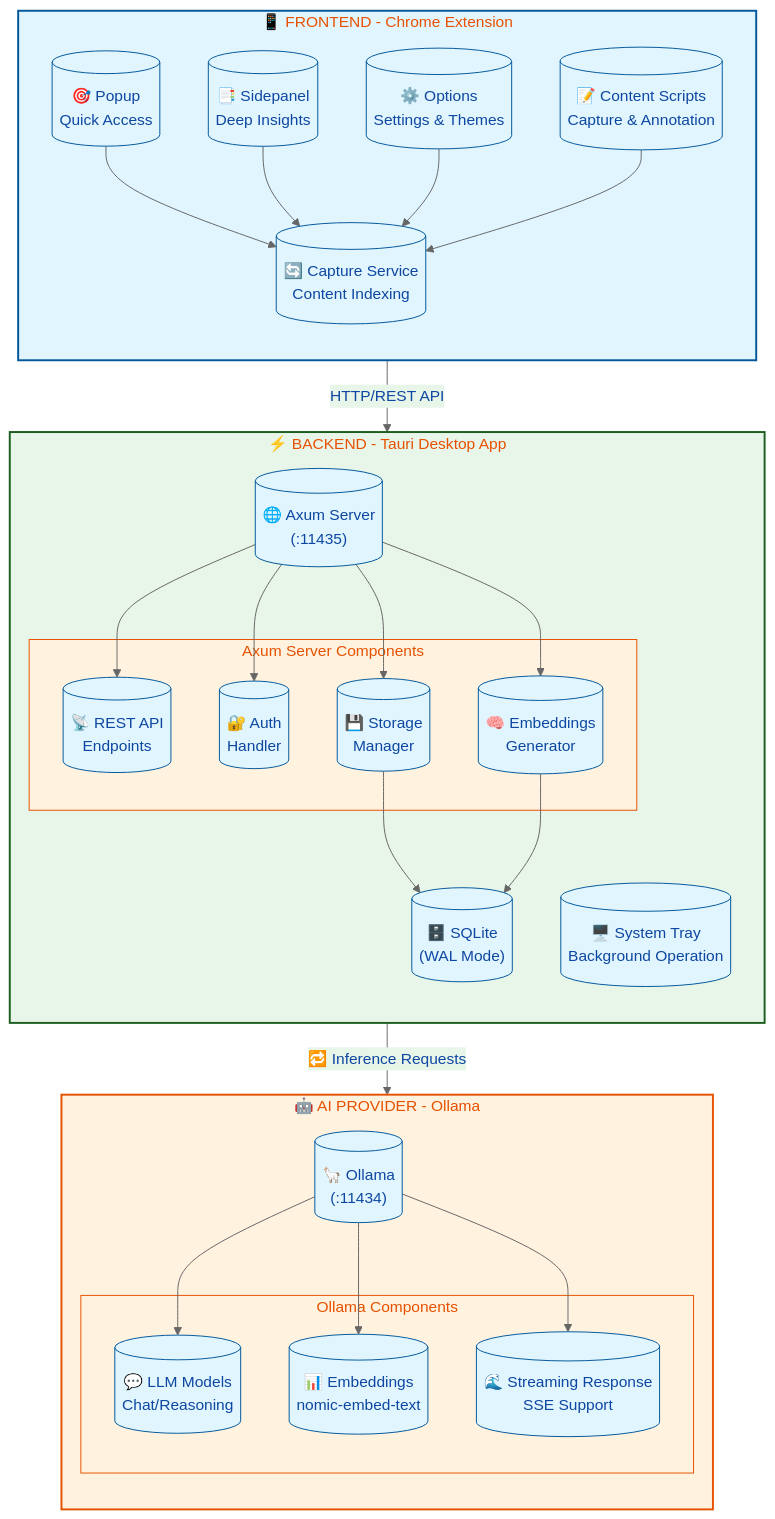
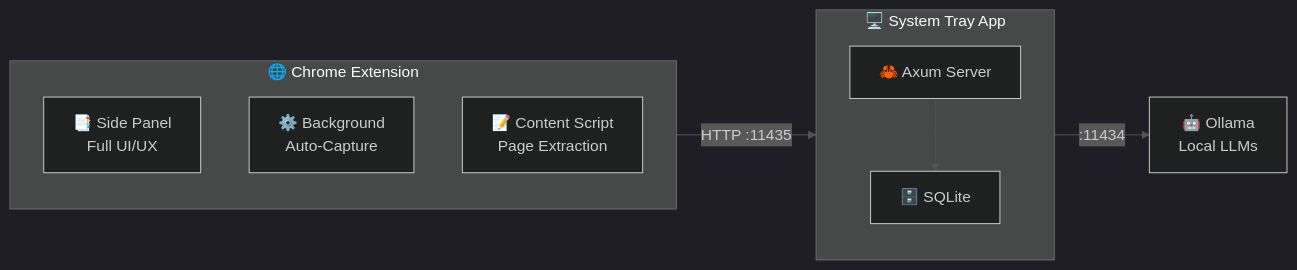
One commit to Flaxmbot/Second-Brain changed the diagram in README.md. Above: the diagram before and after it, drawn with Mermaid. The commit also changed other lines of this file and 28 other files, not shown here.

````diff
--- a/README.md
+++ b/README.md
@@ -55,80 +125,33 @@
 ```mermaid
 %%{
   init: {
-    'theme': 'base',
+    'theme': 'dark',
     'themeVariables': {
-      'background': 'transparent',
-      'primaryColor': '#e1f5fe',
-      'primaryTextColor': '#0d47a1',
-      'primaryBorderColor': '#01579b',
-      'lineColor': '#666666',
-      'secondaryColor': '#e8f5e9',
-      'secondaryTextColor': '#1b5e20',
-      'secondaryBorderColor': '#1b5e20',
-      'tertiaryColor': '#fff3e0',
-      'tertiaryTextColor': '#e65100',
-      'tertiaryBorderColor': '#e65100'
+      'primaryColor': '#1a1a2e',
+      'primaryTextColor': '#00d4ff',
+      'primaryBorderColor': '#333',
+      'lineColor': '#555',
+      'secondaryColor': '#16213e',
+      'tertiaryColor': '#0f3460'
     }
   }
 }%%
-flowchart TB
-    subgraph Frontend["📱 FRONTEND - Chrome Extension"]
+flowchart LR
+    subgraph EXT["🌐 Chrome Extension"]
         direction TB
-        popup[("🎯 Popup<br/>Quick Access")]
-        sidepanel[("📑 Sidepanel<br/>Deep Insights")]
-        options[("⚙️ Options<br/>Settings & Themes")]
-        content[("📝 Content Scripts<br/>Capture & Annotation")]
-        capture[("🔄 Capture Service<br/>Content Indexing")]
-        
-        popup --> capture
-        sidepanel --> capture
-        options --> capture
-        content --> capture
+        SP["📑 Side Panel<br/>Full UI/UX"]
+        BG["⚙️ Background<br/>Auto-Capture"]
+        CT["📝 Content Script<br/>Page Extraction"]
     end
     
-    Frontend -->|"HTTP/REST API"| Backend["⚡ BACKEND - Tauri Desktop App"]
-    
-    subgraph Backend["⚡ BACKEND - Tauri Desktop App"]
+    EXT -->|"HTTP :11435"| TRAY
+
+    subgraph TRAY["🖥️ System Tray App"]
         direction TB
-        axum[("🌐 Axum Server<br/>(:11435)")]
-        
-        subgraph Axum["Axum Server Components"]
-            rest[("📡 REST API<br/>Endpoints")]
-            auth[("🔐 Auth<br/>Handler")]
-            storage[("💾 Storage<br/>Manager")]
-            embeddings[("🧠 Embeddings<br/>Generator")]
-        end
-        
-        axum --> rest
-        axum --> auth
-        axum --> storage
-        axum --> embeddings
-        
-        tray[("🖥️ System Tray<br/>Background Operation")]
-        db[("🗄️ SQLite<br/>(WAL Mode)")]
-        
-        storage --> db
-        embeddings --> db
+        AX["🦀 Axum Server"]
+        DB["🗄️ SQLite"]
+        AX --> DB
     end
-    
-    Backend -->|"🔁 Inference Requests"| Ollama["🤖 AI PROVIDER - Ollama"]
-    
-    subgraph Ollama["🤖 AI PROVIDER - Ollama"]
-        direction TB
-        ollama[("🦙 Ollama<br/>(:11434)")]
-        
-        subgraph OllamaComp["Ollama Components"]
-            llm[("💬 LLM Models<br/>Chat/Reasoning")]
-            emb[("📊 Embeddings<br/>nomic-embed-text")]
-            stream[("🌊 Streaming Response<br/>SSE Support")]
-        end
-        
-        ollama --> llm
-        ollama --> emb
-        ollama --> stream
-    end
-    
-    style Frontend fill:#e1f5fe,stroke:#01579b,stroke-width:2px
-    style Backend fill:#e8f5e9,stroke:#1b5e20,stroke-width:2px
-    style Ollama fill:#fff3e0,stroke:#e65100,stroke-width:2px
+
+    TRAY -->|":11434"| OL["🤖 Ollama<br/>Local LLMs"]
 ```
````
